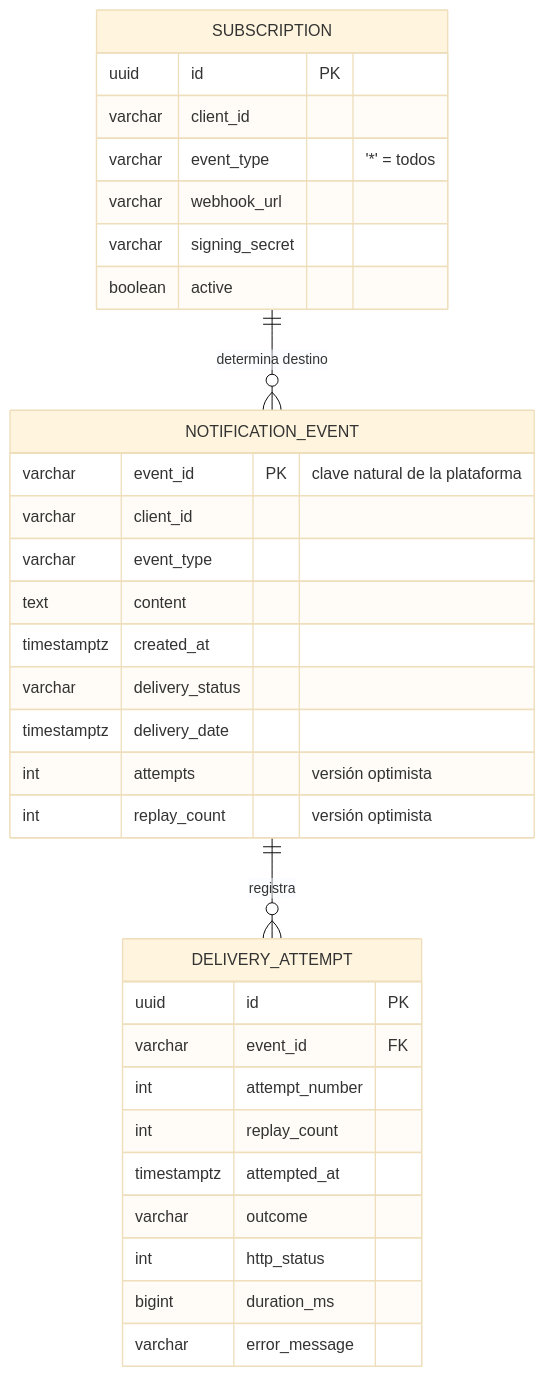
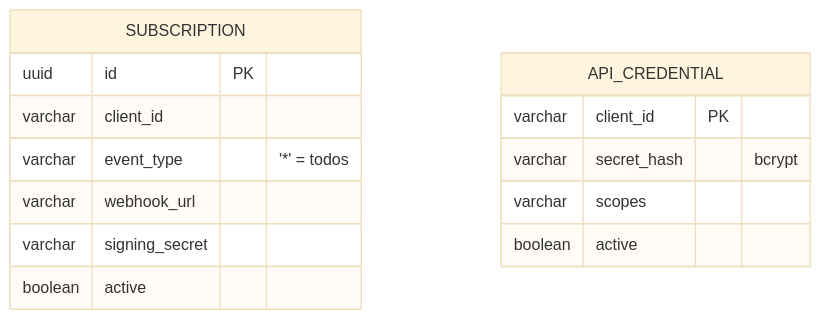
The sixth of 7 diagrams in docs/01-diseno-del-sistema.md (ssalaza7/cobre-notification-delivery), drawn with Mermaid (base theme) before and after one commit. The commit also changed other lines of this file and 44 other files, not shown here.

````diff
--- a/docs/01-diseno-del-sistema.md
+++ b/docs/01-diseno-del-sistema.md
@@ -295,36 +337,17 @@
 ```mermaid
 erDiagram
-    SUBSCRIPTION ||--o{ NOTIFICATION_EVENT : "determina destino"
-    NOTIFICATION_EVENT ||--o{ DELIVERY_ATTEMPT : "registra"
-
     SUBSCRIPTION {
         uuid id PK
         varchar client_id
         varchar event_type "'*' = todos"
         varchar webhook_url
         varchar signing_secret
         boolean active
     }
-    NOTIFICATION_EVENT {
-        varchar event_id PK "clave natural de la plataforma"
-        varchar client_id
-        varchar event_type
-        text content
-        timestamptz created_at
-        varchar delivery_status
-        timestamptz delivery_date
-        int attempts "versión optimista"
-        int replay_count "versión optimista"
-    }
-    DELIVERY_ATTEMPT {
-        uuid id PK
-        varchar event_id FK
-        int attempt_number
-        int replay_count
-        timestamptz attempted_at
-        varchar outcome
-        int http_status
-        bigint duration_ms
-        varchar error_message
+    API_CREDENTIAL {
+        varchar client_id PK
+        varchar secret_hash "bcrypt"
+        varchar scopes
+        boolean active
     }
 ```
````
